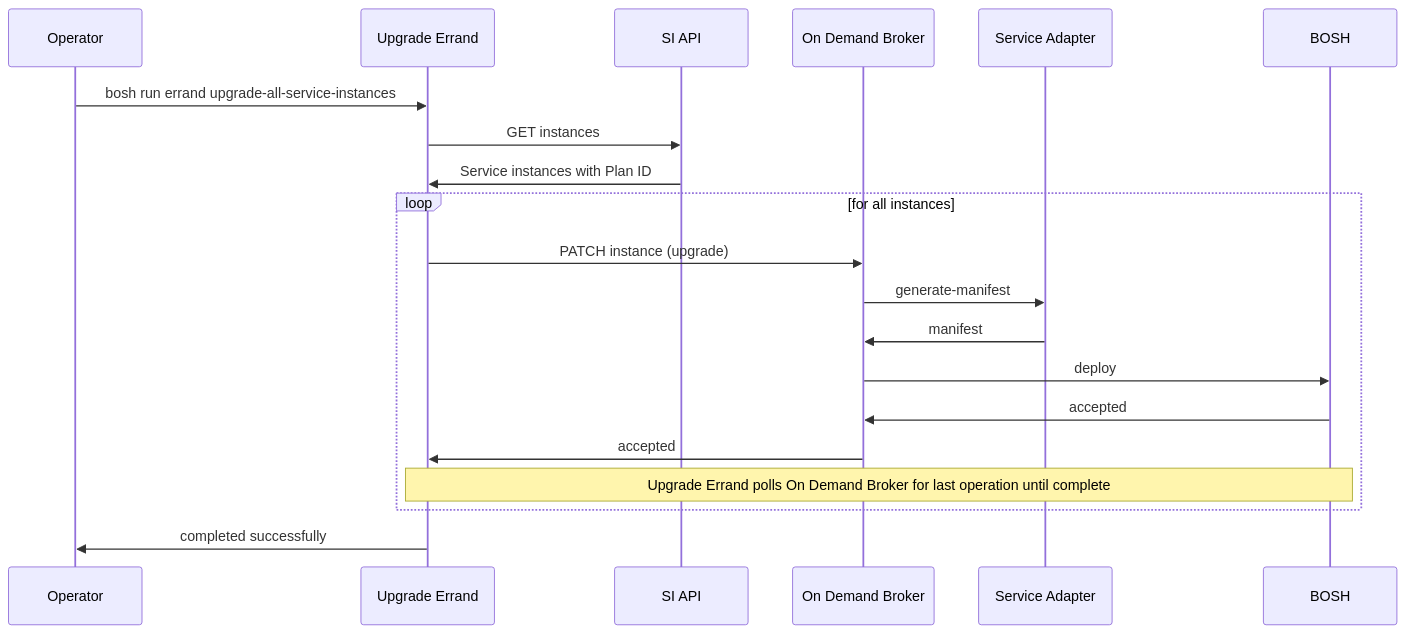
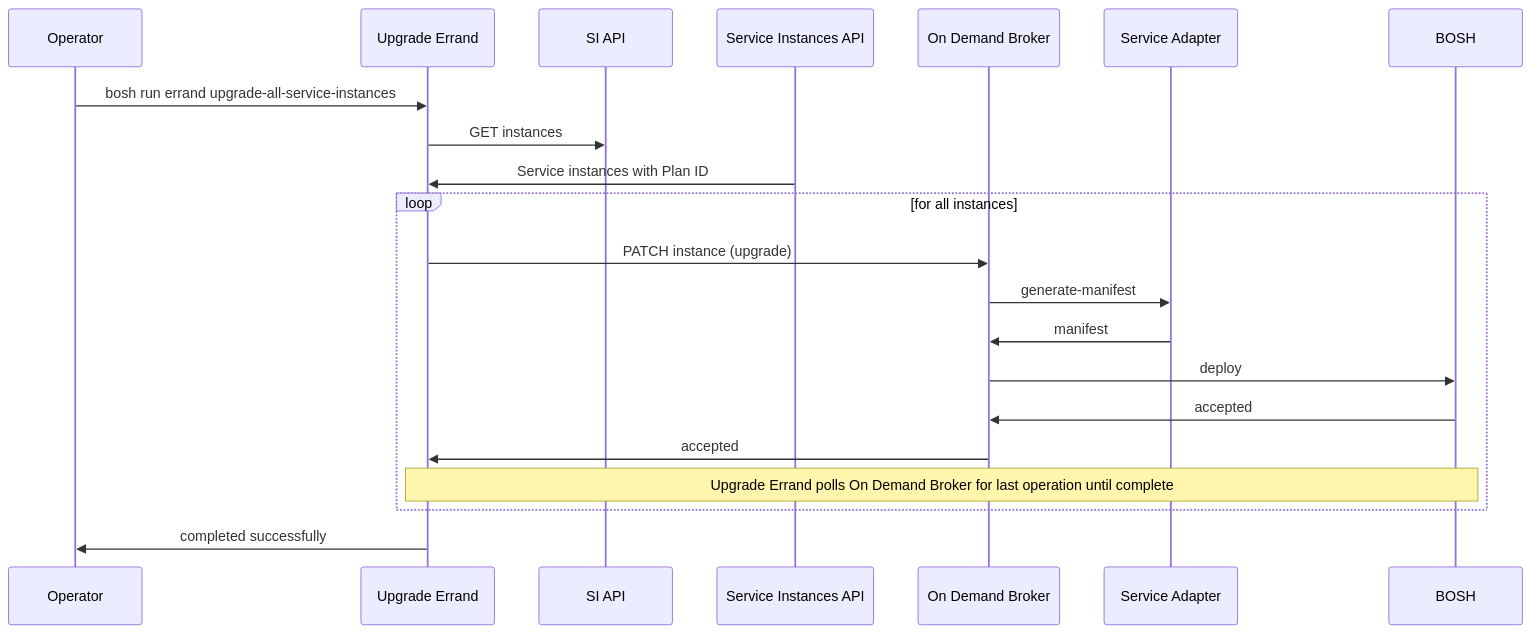
One commit to pivotal-cf/docs-on-demand-service-broker changed the diagram in mmd/upgrade_all_instances_with_si_api_workflow.mmd. Above: the diagram before and after it, drawn with Mermaid.

Commit message:
Spell out SI API

```diff
--- a/mmd/upgrade_all_instances_with_si_api_workflow.mmd
+++ b/mmd/upgrade_all_instances_with_si_api_workflow.mmd
@@ -1,16 +1,16 @@
 <div class="mermaid">
 sequenceDiagram
   Operator->>Upgrade Errand:bosh run errand upgrade-all-service-instances
   Upgrade Errand->>SI API:GET instances
-  SI API->>Upgrade Errand:Service instances with Plan ID
+  Service Instances API->>Upgrade Errand:Service instances with Plan ID
   loop for all instances
     Upgrade Errand->>On Demand Broker: PATCH instance (upgrade)
     On Demand Broker->>Service Adapter: generate-manifest
     Service Adapter->>On Demand Broker: manifest
     On Demand Broker->>BOSH: deploy
     BOSH->>On Demand Broker: accepted
     On Demand Broker->>Upgrade Errand: accepted
     Note over Upgrade Errand,BOSH: Upgrade Errand polls On Demand Broker for last operation until complete
   end
   Upgrade Errand->>Operator:completed successfully
 </div>
```
